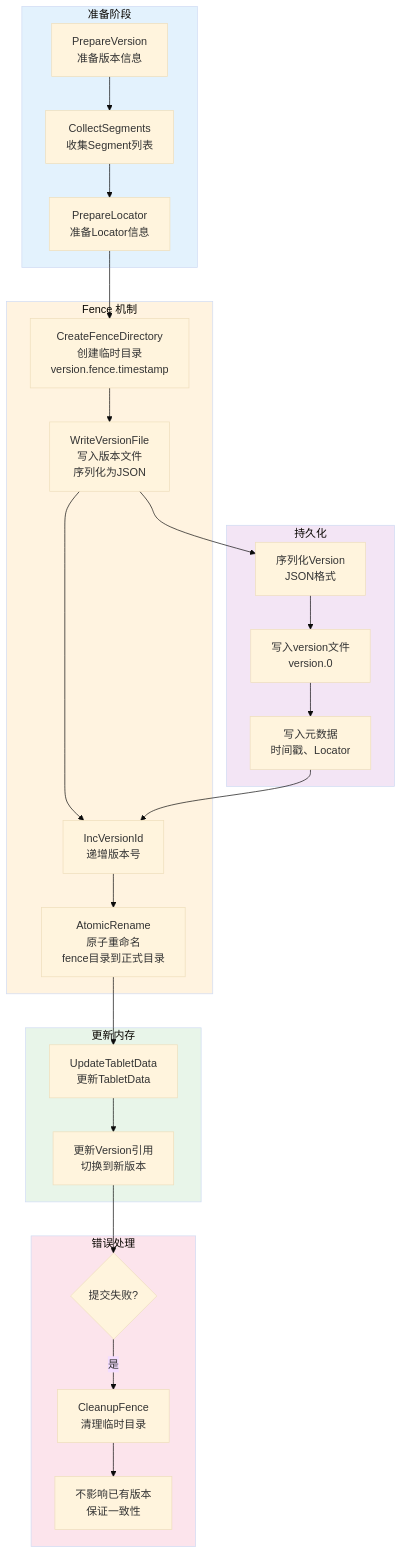
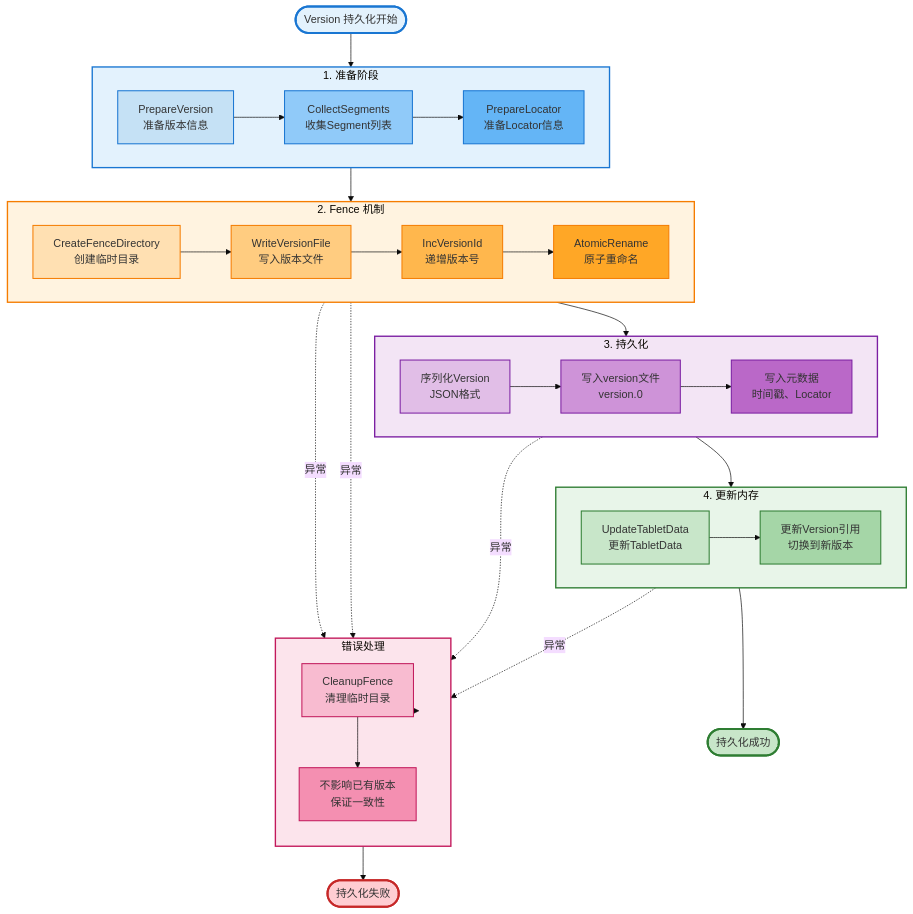
Before and after one commit to zhouzhilong-commits/zhouzhilong-commits.github.io: the seventh of 27 diagrams in _posts/2025-06-24-indexlib-5-version-management.md, drawn with Mermaid (base theme). The commit also changed other lines of this file and 6 other files, not shown here.

````diff
--- a/_posts/2025-06-24-indexlib-5-version-management.md
+++ b/_posts/2025-06-24-indexlib-5-version-management.md
@@ -436,54 +436,82 @@
 ```mermaid
 flowchart TD
-    subgraph Prepare["准备阶段"]
+    Start([Version 持久化开始]) --> P1
+    
+    subgraph Prepare["1. 准备阶段"]
+        direction LR
         P1[PrepareVersion<br/>准备版本信息]
         P2[CollectSegments<br/>收集Segment列表]
         P3[PrepareLocator<br/>准备Locator信息]
-        P1 --> P2
-        P2 --> P3
+        P1 --> P2 --> P3
     end
     
-    subgraph Fence["Fence 机制"]
-        F1[CreateFenceDirectory<br/>创建临时目录<br/>version.fence.timestamp]
-        F2[WriteVersionFile<br/>写入版本文件<br/>序列化为JSON]
+    P3 --> F1
+    
+    subgraph Fence["2. Fence 机制"]
+        direction LR
+        F1[CreateFenceDirectory<br/>创建临时目录]
+        F2[WriteVersionFile<br/>写入版本文件]
         F3[IncVersionId<br/>递增版本号]
-        F4[AtomicRename<br/>原子重命名<br/>fence目录到正式目录]
-        F1 --> F2
-        F2 --> F3
-        F3 --> F4
+        F4[AtomicRename<br/>原子重命名]
+        F1 --> F2 --> F3 --> F4
     end
     
-    subgraph Persist["持久化"]
+    F4 --> PE1
+    
+    subgraph Persist["3. 持久化"]
+        direction LR
         PE1[序列化Version<br/>JSON格式]
         PE2[写入version文件<br/>version.0]
         PE3[写入元数据<br/>时间戳、Locator]
-        PE1 --> PE2
-        PE2 --> PE3
+        PE1 --> PE2 --> PE3
     end
     
-    subgraph Update["更新内存"]
+    PE3 --> U1
+    
+    subgraph Update["4. 更新内存"]
+        direction LR
         U1[UpdateTabletData<br/>更新TabletData]
         U2[更新Version引用<br/>切换到新版本]
         U1 --> U2
     end
     
+    U2 --> Success([持久化成功])
+    
+    F2 -.->|异常| Error
+    F4 -.->|异常| Error
+    PE2 -.->|异常| Error
+    U1 -.->|异常| Error
+    
     subgraph Error["错误处理"]
-        E1{提交失败?}
-        E2[CleanupFence<br/>清理临时目录]
-        E3[不影响已有版本<br/>保证一致性]
-        E1 -->|是| E2
-        E2 --> E3
+        direction TB
+        E1[CleanupFence<br/>清理临时目录]
+        E2[不影响已有版本<br/>保证一致性]
+        E1 --> E2
     end
     
-    P3 --> F1
-    F2 --> PE1
-    PE3 --> F3
-    F4 --> U1
-    U2 --> E1
+    Error --> E1
+    E2 --> Fail([持久化失败])
     
-    style Prepare fill:#e3f2fd
-    style Fence fill:#fff3e0
-    style Persist fill:#f3e5f5
-    style Update fill:#e8f5e9
-    style Error fill:#fce4ec
+    style Start fill:#e3f2fd,stroke:#1976d2,stroke-width:3px
+    style Prepare fill:#e3f2fd,stroke:#1976d2,stroke-width:2px
+    style P1 fill:#c5e1f5,stroke:#1976d2,stroke-width:1.5px
+    style P2 fill:#90caf9,stroke:#1976d2,stroke-width:1.5px
+    style P3 fill:#64b5f6,stroke:#1976d2,stroke-width:1.5px
+    style Fence fill:#fff3e0,stroke:#f57c00,stroke-width:2px
+    style F1 fill:#ffe0b2,stroke:#f57c00,stroke-width:1.5px
+    style F2 fill:#ffcc80,stroke:#f57c00,stroke-width:1.5px
+    style F3 fill:#ffb74d,stroke:#f57c00,stroke-width:1.5px
+    style F4 fill:#ffa726,stroke:#f57c00,stroke-width:1.5px
+    style Persist fill:#f3e5f5,stroke:#7b1fa2,stroke-width:2px
+    style PE1 fill:#e1bee7,stroke:#7b1fa2,stroke-width:1.5px
+    style PE2 fill:#ce93d8,stroke:#7b1fa2,stroke-width:1.5px
+    style PE3 fill:#ba68c8,stroke:#7b1fa2,stroke-width:1.5px
+    style Update fill:#e8f5e9,stroke:#2e7d32,stroke-width:2px
+    style U1 fill:#c8e6c9,stroke:#2e7d32,stroke-width:1.5px
+    style U2 fill:#a5d6a7,stroke:#2e7d32,stroke-width:1.5px
+    style Error fill:#fce4ec,stroke:#c2185b,stroke-width:2px
+    style E1 fill:#f8bbd0,stroke:#c2185b,stroke-width:1.5px
+    style E2 fill:#f48fb1,stroke:#c2185b,stroke-width:1.5px
+    style Success fill:#c8e6c9,stroke:#2e7d32,stroke-width:3px
+    style Fail fill:#ffcdd2,stroke:#c62828,stroke-width:3px
 ```
````
